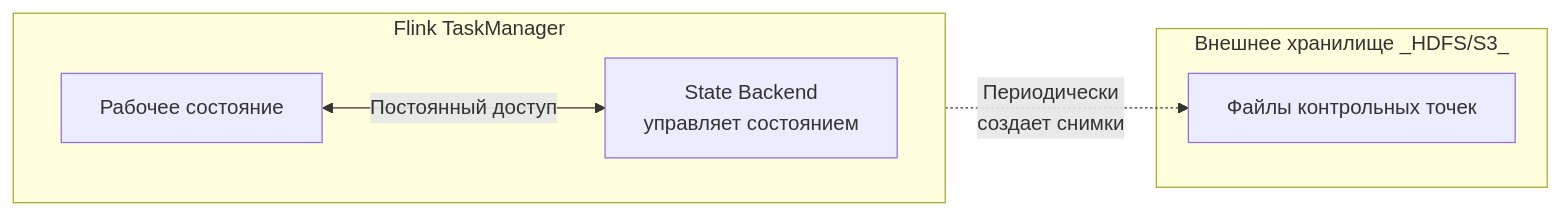
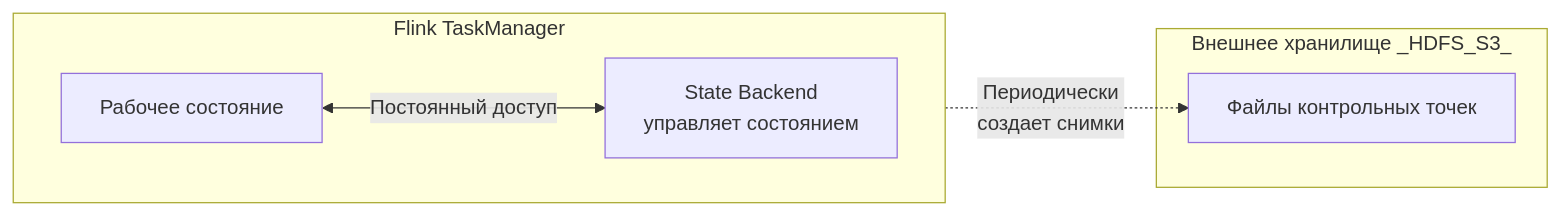
One commit to AV-ghub/StarRocks changed the diagram in 006 Integration/Apache Flink CDC/007 7 Tips For Optimizing Apache Flink Applications.md. Above: the diagram before and after it, drawn with Mermaid.

Commit message:
Update 007 7 Tips For Optimizing Apache Flink Applications.md

````diff
--- a/006 Integration/Apache Flink CDC/007 7 Tips For Optimizing Apache Flink Applications.md
+++ b/006 Integration/Apache Flink CDC/007 7 Tips For Optimizing Apache Flink Applications.md
@@ -90,15 +90,15 @@
 ```mermaid
 flowchart LR
     subgraph Flink_TaskManager[Flink TaskManager]
         direction LR
         Working_State[Рабочее состояние]
         State_Backend[State Backend<br>управляет состоянием]
     end
 
-    subgraph External_Storage[Внешнее хранилище _HDFS/S3_]
+    subgraph External_Storage[Внешнее хранилище _HDFS_S3_]
         Checkpoint_Files[Файлы контрольных точек]
     end
 
     Working_State <-->|Постоянный доступ| State_Backend
     State_Backend -.->|Периодически<br>создает снимки| Checkpoint_Files
 ```
````
